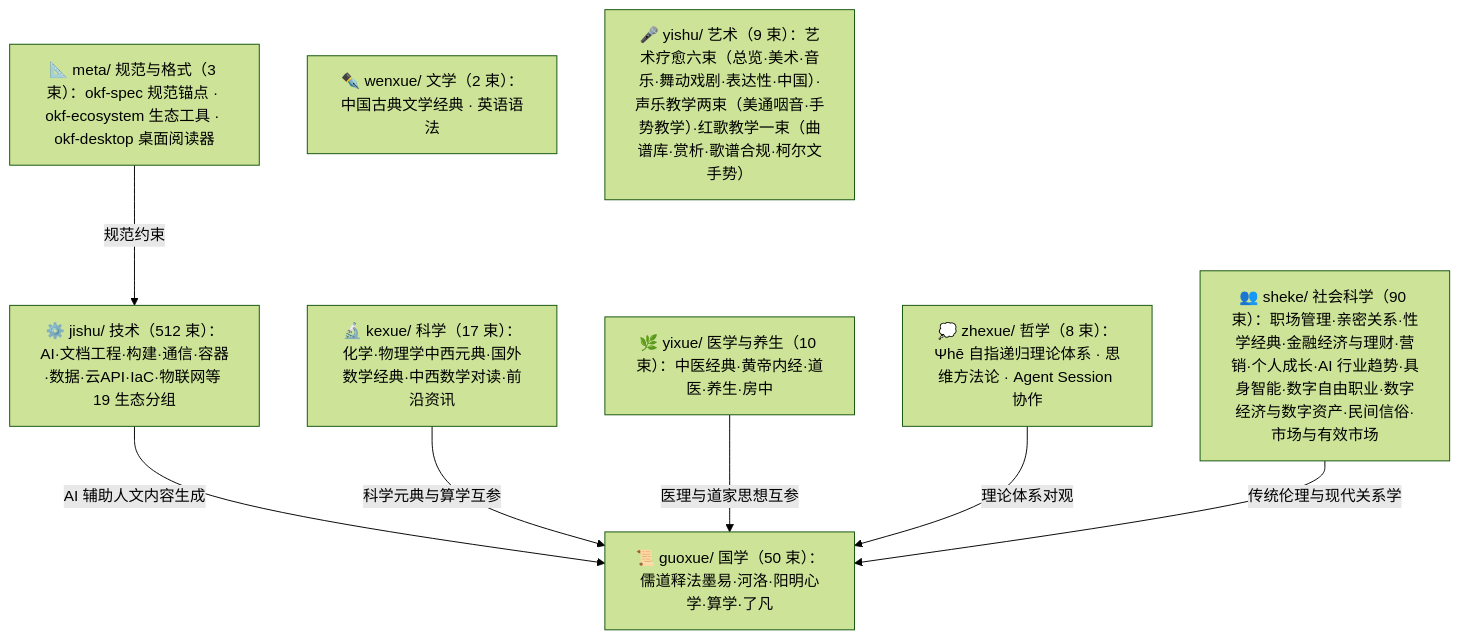
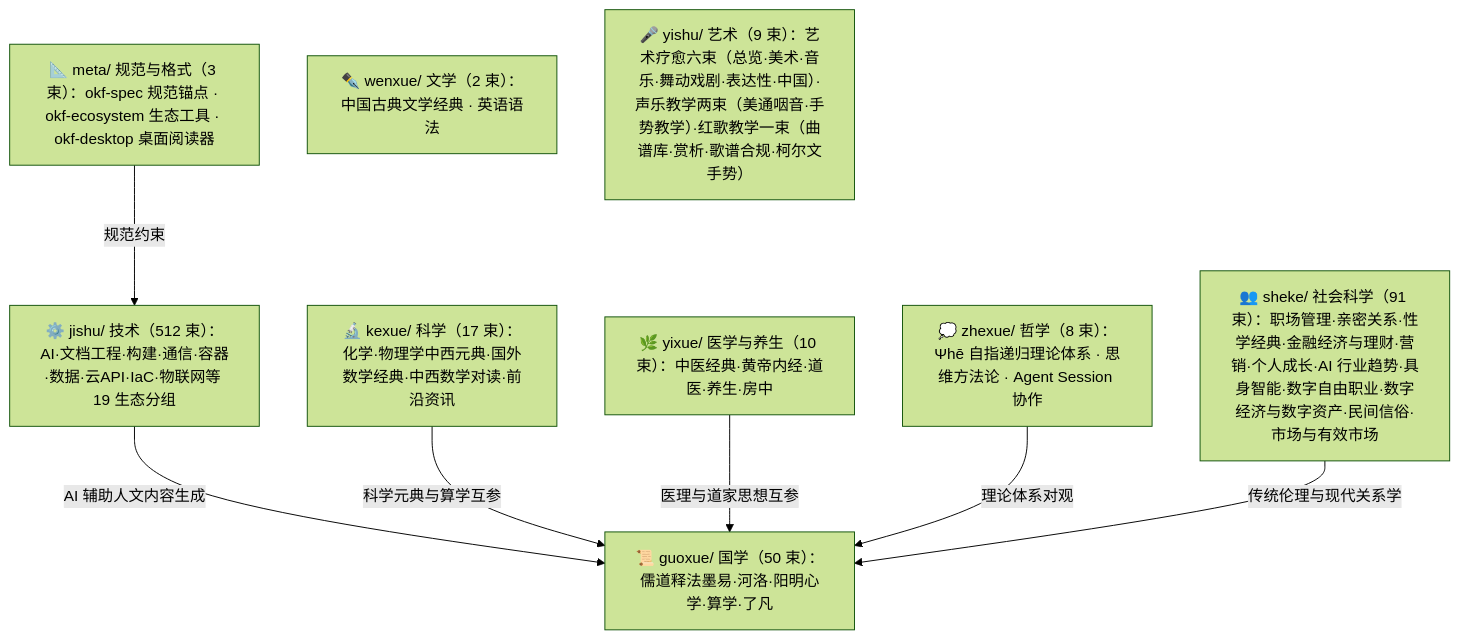
The diagram in doc/bundles/index.md (awesome-flexloop/awesome-okf), drawn with Mermaid (forest theme) before and after one commit. The commit also changed other lines of this file and 20 other files, not shown here.

````diff
--- a/doc/bundles/index.md
+++ b/doc/bundles/index.md
@@ -21,18 +21,18 @@
 ```mermaid
 flowchart TD
     meta["📐 meta/ 规范与格式（3 束）：okf-spec 规范锚点 · okf-ecosystem 生态工具 · okf-desktop 桌面阅读器"]
     guoxue["📜 guoxue/ 国学（50 束）：儒道释法墨易·河洛·阳明心学·算学·了凡"]
     zhexue["💭 zhexue/ 哲学（8 束）：Ψhē 自指递归理论体系 · 思维方法论 · Agent Session 协作"]
     kexue["🔬 kexue/ 科学（17 束）：化学·物理学中西元典·国外数学经典·中西数学对读·前沿资讯"]
     wenxue["✒️ wenxue/ 文学（2 束）：中国古典文学经典 · 英语语法"]
     yixue["🌿 yixue/ 医学与养生（10 束）：中医经典·黄帝内经·道医·养生·房中"]
-    sheke["👥 sheke/ 社会科学（90 束）：职场管理·亲密关系·性学经典·金融经济与理财·营销·个人成长·AI 行业趋势·具身智能·数字自由职业·数字经济与数字资产·民间信俗·市场与有效市场"]
+    sheke["👥 sheke/ 社会科学（91 束）：职场管理·亲密关系·性学经典·金融经济与理财·营销·个人成长·AI 行业趋势·具身智能·数字自由职业·数字经济与数字资产·民间信俗·市场与有效市场"]
     yishu["🎤 yishu/ 艺术（9 束）：艺术疗愈六束（总览·美术·音乐·舞动戏剧·表达性·中国）·声乐教学两束（美通咽音·手势教学）·红歌教学一束（曲谱库·赏析·歌谱合规·柯尔文手势）"]
     jishu["⚙️ jishu/ 技术（512 束）：AI·文档工程·构建·通信·容器·数据·云API·IaC·物联网等 19 生态分组"]
     meta -->|"规范约束"| jishu
     jishu -->|"AI 辅助人文内容生成"| guoxue
     kexue -->|"科学元典与算学互参"| guoxue
     yixue -->|"医理与道家思想互参"| guoxue
     zhexue -->|"理论体系对观"| guoxue
     sheke -->|"传统伦理与现代关系学"| guoxue
 ```
````
